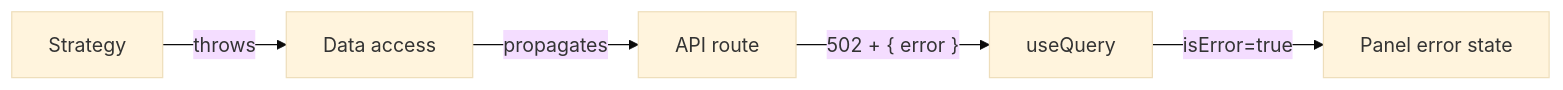
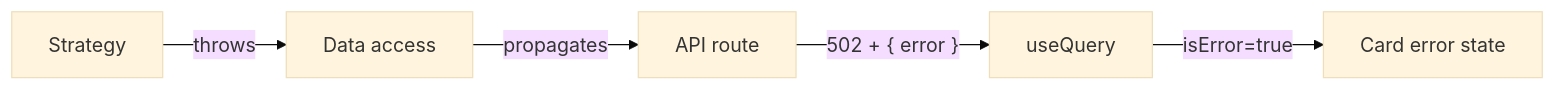
Diagram 11 of 11 in apps/docs-site/docs/data-flow.md (webteamuxco/dashboard-monitor), drawn with Mermaid (base theme) before and after one commit. The commit also changed other lines of this file and 10 other files, not shown here.

````diff
--- a/apps/docs-site/docs/data-flow.md
+++ b/apps/docs-site/docs/data-flow.md
@@ -355,7 +320,7 @@
 ```mermaid
 flowchart LR
     Mon[Strategy] -- throws --> DA[Data access]
     DA -- propagates --> Route[API route]
     Route -- 502 + { error } --> Hook[useQuery]
-    Hook -- isError=true --> UI[Panel error state]
+    Hook -- isError=true --> UI[Card error state]
 ```
````
